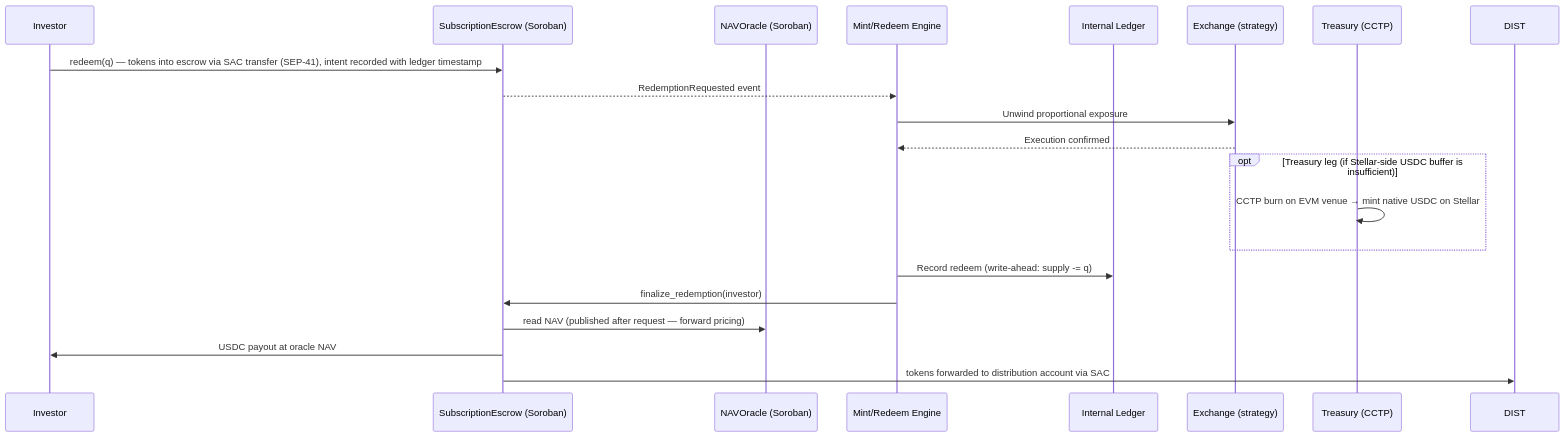
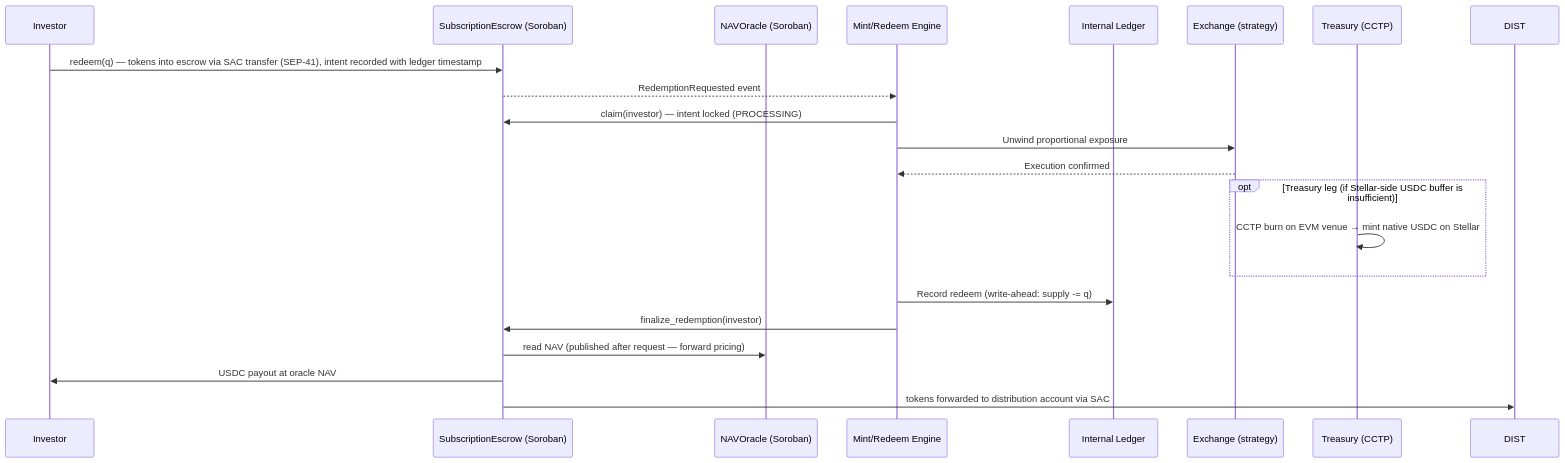
One commit to trakx/stellar-strategy-rails changed the fourth of 4 diagrams in docs/ARCHITECTURE.md. Above: the diagram before and after it, drawn with Mermaid. The commit also changed other lines of this file, not shown here.

First line of the commit message:
Enhance SubscriptionEscrow documentation and flow details

````diff
--- a/docs/ARCHITECTURE.md
+++ b/docs/ARCHITECTURE.md
@@ -170,23 +178,24 @@
 ```mermaid
 sequenceDiagram
     participant I as Investor
     participant ESC as SubscriptionEscrow (Soroban)
     participant ORC as NAVOracle (Soroban)
     participant M as Mint/Redeem Engine
     participant L as Internal Ledger
     participant E as Exchange (strategy)
     participant T as Treasury (CCTP)
 
     I->>ESC: redeem(q) — tokens into escrow via SAC transfer (SEP-41), intent recorded with ledger timestamp
     ESC-->>M: RedemptionRequested event
+    M->>ESC: claim(investor) — intent locked (PROCESSING)
     M->>E: Unwind proportional exposure
     E-->>M: Execution confirmed
     opt Treasury leg (if Stellar-side USDC buffer is insufficient)
         T->>T: CCTP burn on EVM venue → mint native USDC on Stellar
     end
     M->>L: Record redeem (write-ahead: supply -= q)
     M->>ESC: finalize_redemption(investor)
     ESC->>ORC: read NAV (published after request — forward pricing)
     ESC->>I: USDC payout at oracle NAV
     ESC->>DIST: tokens forwarded to distribution account via SAC
 ```
````
